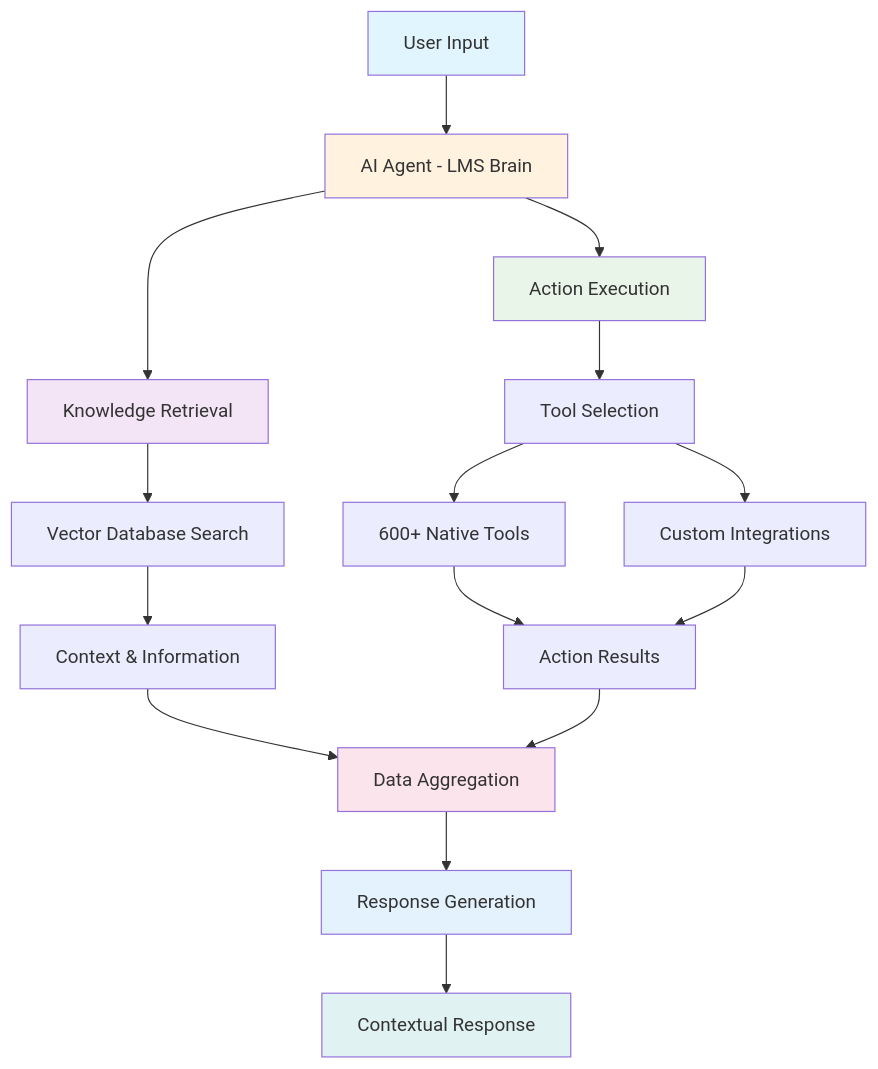
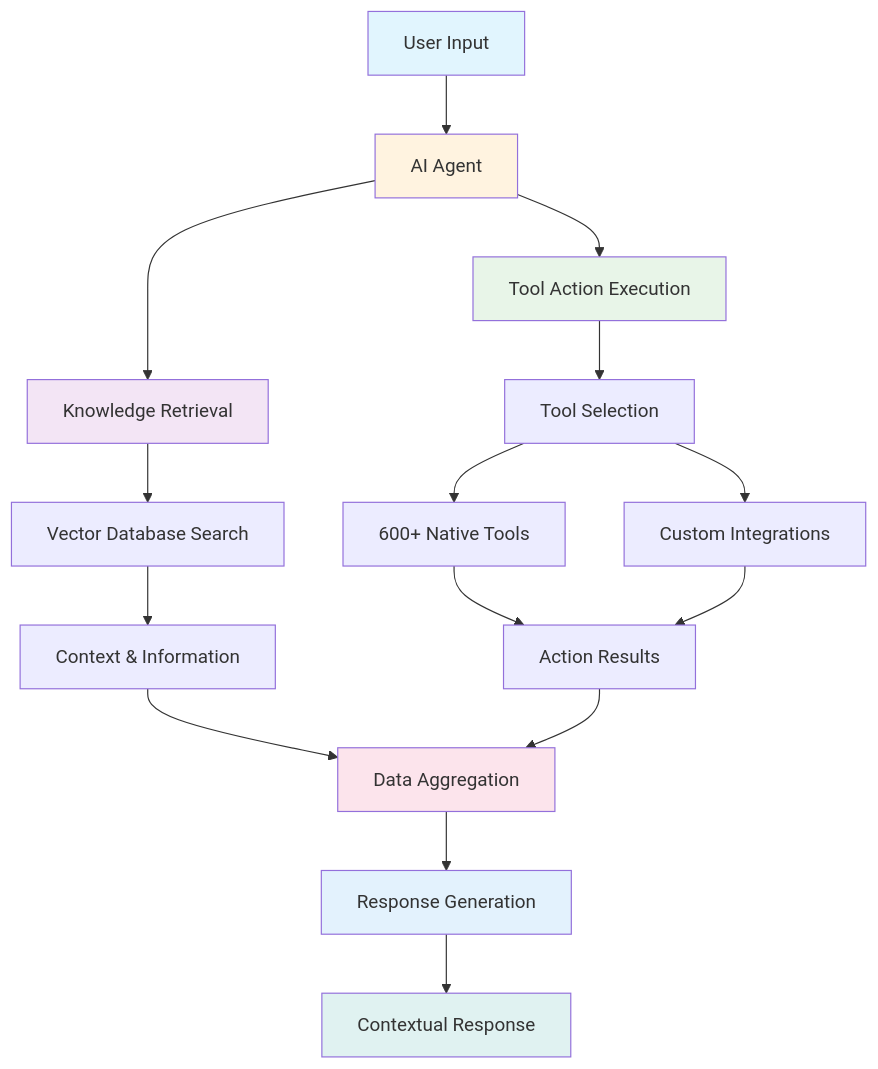
Before and after one commit to VENUCODE/docs: the second of 3 diagrams in platform-fundamentals/how-tars-works.mdx, drawn with Mermaid. The commit also changed other lines of this file and 22 other files, not shown here.

````diff
--- a/platform-fundamentals/how-tars-works.mdx
+++ b/platform-fundamentals/how-tars-works.mdx
@@ -99,29 +99,29 @@
 ```mermaid
 flowchart TD
-    A[User Input] --> B[AI Agent - LMS Brain]
+    A[User Input] --> B[AI Agent]
     
     B --> C[Knowledge Retrieval]
-    B --> D[Action Execution]
+    B --> D[Tool Action Execution]
     
     C --> E[Vector Database Search]
     E --> F[Context & Information]
     
     D --> G[Tool Selection]
     G --> H[600+ Native Tools]
     G --> I[Custom Integrations]
     H --> J[Action Results]
     I --> J
     
     F --> K[Data Aggregation]
     J --> K
     K --> L[Response Generation]
     L --> M[Contextual Response]
     
     style A fill:#e1f5fe
     style B fill:#fff3e0
     style C fill:#f3e5f5
     style D fill:#e8f5e8
     style K fill:#fce4ec
     style L fill:#e3f2fd
     style M fill:#e0f2f1
 ```
````
